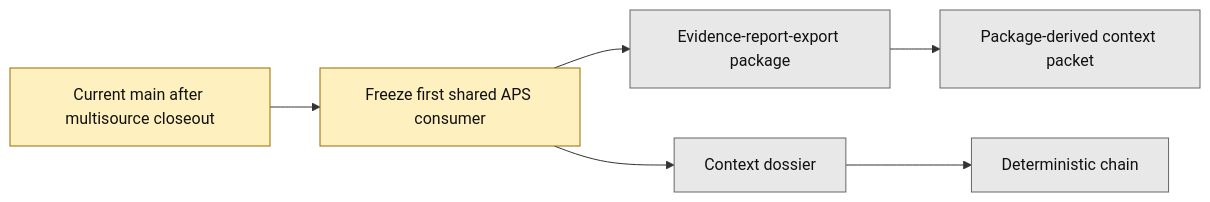
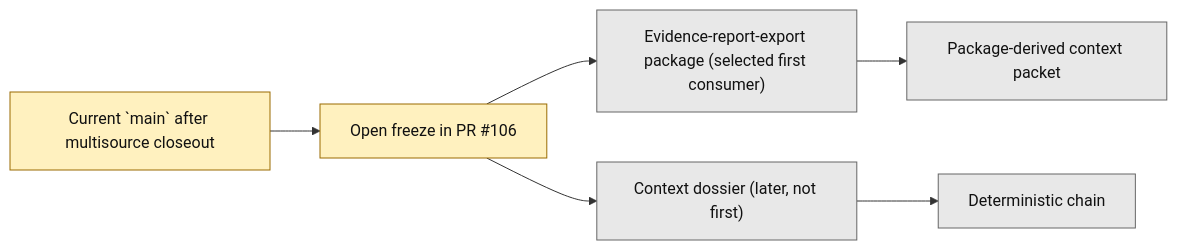
Before and after one commit to benjmcd/project6_REPO_MCP_FOLDER: the second of 2 diagrams in next_milestone_plans/layer3_progress_board.md, drawn with Mermaid. The commit also changed other lines of this file and 2 other files, not shown here.

Commit message:
docs(layer3): align progress pack with export-package freeze

````diff
--- a/next_milestone_plans/layer3_progress_board.md
+++ b/next_milestone_plans/layer3_progress_board.md
@@ -97,14 +99,14 @@
 ```mermaid
 flowchart LR
-    A["Current main after multisource closeout"] --> B["Freeze first shared APS consumer"]
-    B --> C["Evidence-report-export package"]
-    B --> D["Context dossier"]
+    A["Current `main` after multisource closeout"] --> B["Open freeze in PR #106"]
+    B --> C["Evidence-report-export package (selected first consumer)"]
+    B --> D["Context dossier (later, not first)"]
     C --> E["Package-derived context packet"]
     D --> F["Deterministic chain"]
 
     classDef next fill:#fff1bf,stroke:#9a6b00,color:#111;
     classDef future fill:#e8e8e8,stroke:#666,color:#111;
 
     class A,B next;
     class C,D,E,F future;
 ```
````
